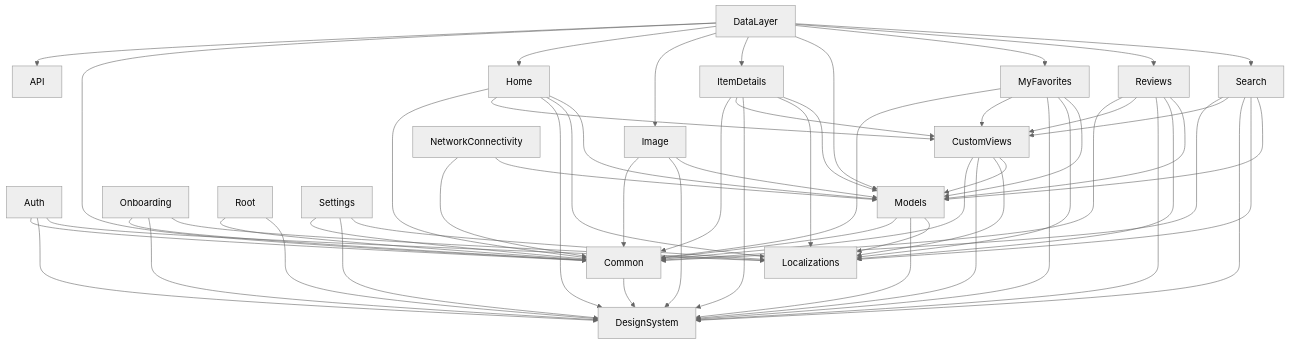
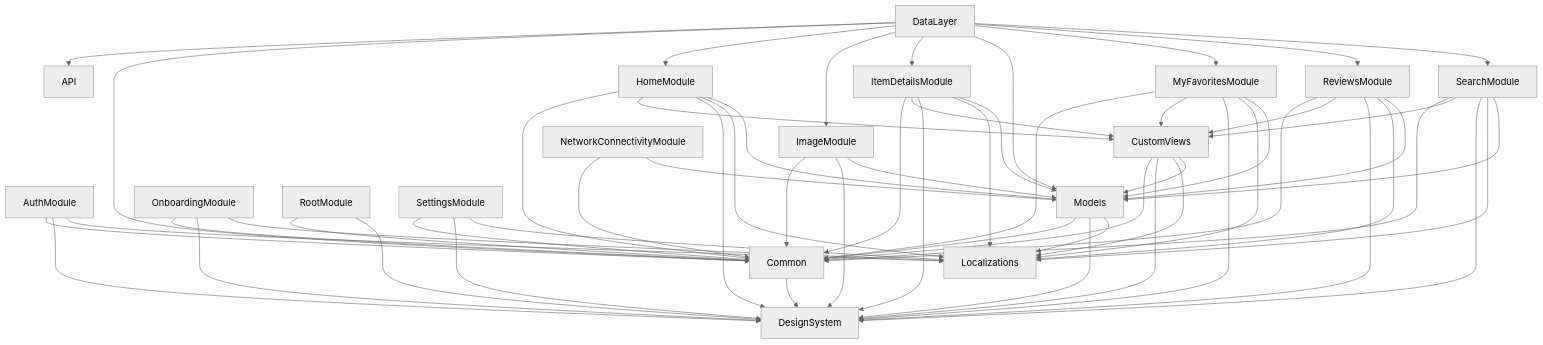
Before and after one commit to urlaunched-com/SwiftUI-UDF-ExampleProject: the diagram in MODULE_GRAPH.md, drawn with Mermaid (neutral theme). The commit also changed 278 other files, not shown here.

````diff
--- a/MODULE_GRAPH.md
+++ b/MODULE_GRAPH.md
@@ -2,9 +2,9 @@
 ```mermaid
 graph TD
-  %% Auth
-  Auth --> Common
-  Auth --> DesignSystem
-  Auth --> Localizations
+  %% AuthModule
+  AuthModule --> Common
+  AuthModule --> DesignSystem
+  AuthModule --> Localizations
 
   %% Common
   Common --> DesignSystem
@@ -18,74 +18,74 @@
   %% DataLayer
   DataLayer --> API
   DataLayer --> Common
-  DataLayer --> Home
-  DataLayer --> Image
-  DataLayer --> ItemDetails
+  DataLayer --> HomeModule
+  DataLayer --> ImageModule
+  DataLayer --> ItemDetailsModule
   DataLayer --> Models
-  DataLayer --> MyFavorites
-  DataLayer --> Reviews
-  DataLayer --> Search
+  DataLayer --> MyFavoritesModule
+  DataLayer --> ReviewsModule
+  DataLayer --> SearchModule
 
-  %% Home
-  Home --> Common
-  Home --> CustomViews
-  Home --> DesignSystem
-  Home --> Localizations
-  Home --> Models
+  %% HomeModule
+  HomeModule --> Common
+  HomeModule --> CustomViews
+  HomeModule --> DesignSystem
+  HomeModule --> Localizations
+  HomeModule --> Models
 
-  %% Image
-  Image --> Common
-  Image --> DesignSystem
-  Image --> Models
+  %% ImageModule
+  ImageModule --> Common
+  ImageModule --> DesignSystem
+  ImageModule --> Models
 
-  %% ItemDetails
-  ItemDetails --> Common
-  ItemDetails --> CustomViews
-  ItemDetails --> DesignSystem
-  ItemDetails --> Localizations
-  ItemDetails --> Models
+  %% ItemDetailsModule
+  ItemDetailsModule --> Common
+  ItemDetailsModule --> CustomViews
+  ItemDetailsModule --> DesignSystem
+  ItemDetailsModule --> Localizations
+  ItemDetailsModule --> Models
 
   %% Models
   Models --> Common
   Models --> DesignSystem
   Models --> Localizations
 
-  %% MyFavorites
-  MyFavorites --> Common
-  MyFavorites --> CustomViews
-  MyFavorites --> DesignSystem
-  MyFavorites --> Localizations
-  MyFavorites --> Models
+  %% MyFavoritesModule
+  MyFavoritesModule --> Common
+  MyFavoritesModule --> CustomViews
+  MyFavoritesModule --> DesignSystem
+  MyFavoritesModule --> Localizations
+  MyFavoritesModule --> Models
 
-  %% NetworkConnectivity
-  NetworkConnectivity --> Common
-  NetworkConnectivity --> Models
+  %% NetworkConnectivityModule
+  NetworkConnectivityModule --> Common
+  NetworkConnectivityModule --> Models
 
-  %% Onboarding
-  Onboarding --> Common
-  Onboarding --> DesignSystem
-  Onboarding --> Localizations
+  %% OnboardingModule
+  OnboardingModule --> Common
+  OnboardingModule --> DesignSystem
+  OnboardingModule --> Localizations
 
-  %% Reviews
-  Reviews --> Common
-  Reviews --> CustomViews
-  Reviews --> DesignSystem
-  Reviews --> Localizations
-  Reviews --> Models
+  %% ReviewsModule
+  ReviewsModule --> Common
+  ReviewsModule --> CustomViews
+  ReviewsModule --> DesignSystem
+  ReviewsModule --> Localizations
+  ReviewsModule --> Models
 
-  %% Root
-  Root --> Common
-  Root --> DesignSystem
+  %% RootModule
+  RootModule --> Common
+  RootModule --> DesignSystem
 
-  %% Search
-  Search --> Common
-  Search --> CustomViews
-  Search --> DesignSystem
-  Search --> Localizations
-  Search --> Models
+  %% SearchModule
+  SearchModule --> Common
+  SearchModule --> CustomViews
+  SearchModule --> DesignSystem
+  SearchModule --> Localizations
+  SearchModule --> Models
 
-  %% Settings
-  Settings --> Common
-  Settings --> DesignSystem
-  Settings --> Localizations
+  %% SettingsModule
+  SettingsModule --> Common
+  SettingsModule --> DesignSystem
+  SettingsModule --> Localizations
 ```
````
